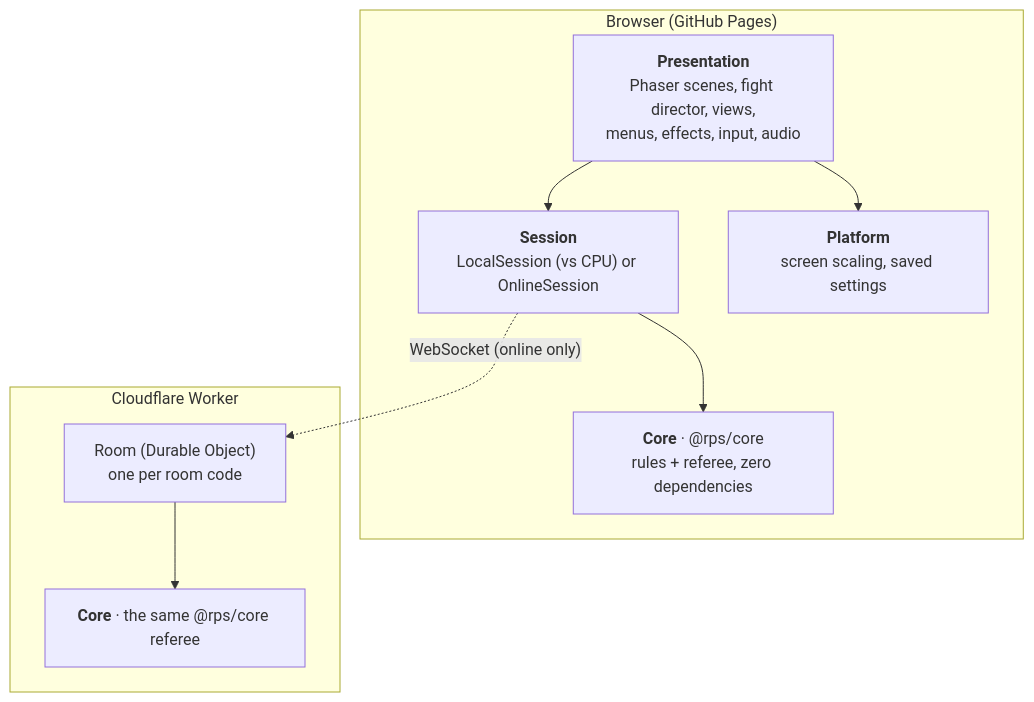
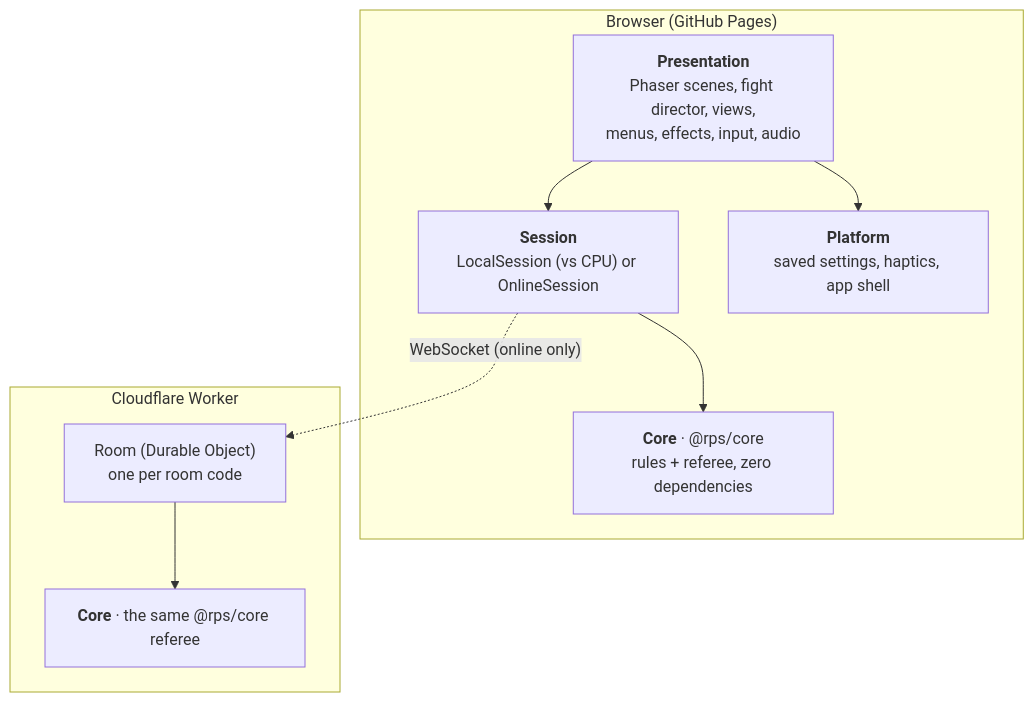
The diagram in README.md (robinneefs/rps-rivals), drawn with Mermaid before and after one commit. The commit also changed other lines of this file and 54 other files, not shown here.

````diff
--- a/README.md
+++ b/README.md
@@ -85,17 +96,17 @@
 ```mermaid
 flowchart TB
   subgraph Browser["Browser (GitHub Pages)"]
     P["<b>Presentation</b><br/>Phaser scenes, fight director, views,<br/>menus, effects, input, audio"]
     S["<b>Session</b><br/>LocalSession (vs CPU) or OnlineSession"]
     C1["<b>Core</b> · @rps/core<br/>rules + referee, zero dependencies"]
-    PL["<b>Platform</b><br/>screen scaling, saved settings"]
+    PL["<b>Platform</b><br/>saved settings, haptics, app shell"]
     P --> S --> C1
     P --> PL
   end
   subgraph Cloudflare["Cloudflare Worker"]
     R["Room (Durable Object)<br/>one per room code"]
     C2["<b>Core</b> · the same @rps/core referee"]
     R --> C2
   end
   S -. "WebSocket (online only)" .-> R
 ```
````
